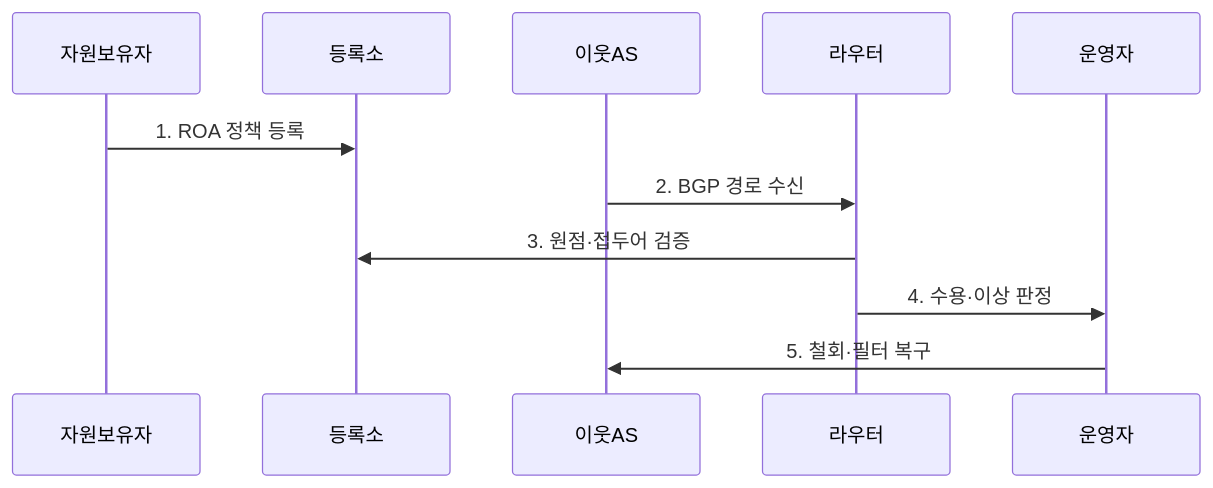
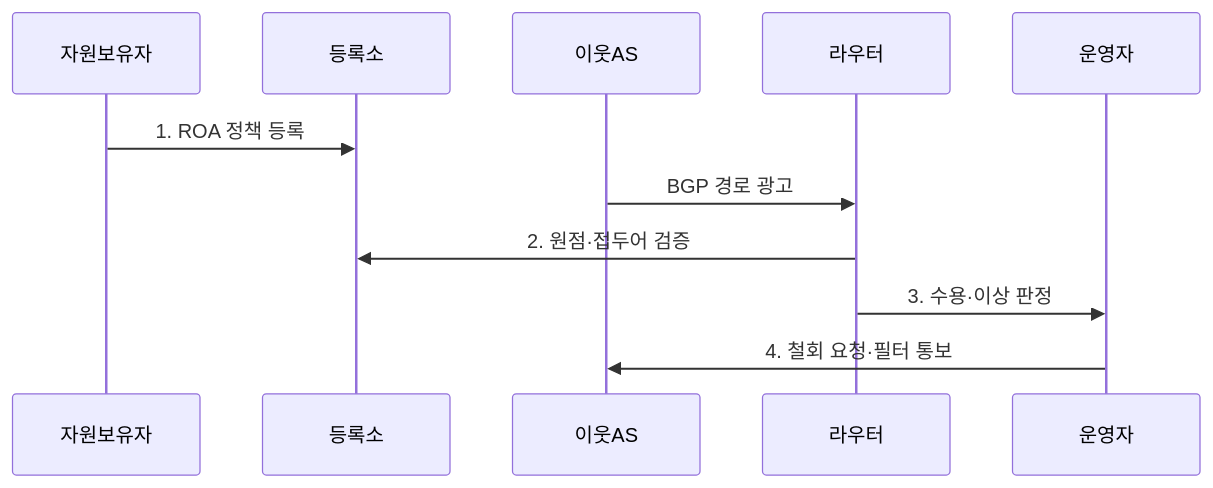
One commit to agnusdei1207/knowledge-base changed the second of 2 diagrams in src/content/docs/notes/04-network/110_bgp_hijacking_prevention.md. Above: the diagram before and after it, drawn with Mermaid. The commit also changed other lines of this file and 16 other files, not shown here.

````diff
--- a/src/content/docs/notes/04-network/110_bgp_hijacking_prevention.md
+++ b/src/content/docs/notes/04-network/110_bgp_hijacking_prevention.md
@@ -84,13 +80,13 @@
 ```mermaid
 sequenceDiagram
     participant 자원보유자
     participant 등록소
     participant 이웃AS
     participant 라우터
     participant 운영자
     자원보유자->>등록소: 1. ROA 정책 등록
-    이웃AS->>라우터: 2. BGP 경로 수신
-    라우터->>등록소: 3. 원점·접두어 검증
-    라우터->>운영자: 4. 수용·이상 판정
-    운영자->>이웃AS: 5. 철회·필터 복구
+    이웃AS->>라우터: BGP 경로 광고
+    라우터->>등록소: 2. 원점·접두어 검증
+    라우터->>운영자: 3. 수용·이상 판정
+    운영자->>이웃AS: 4. 철회 요청·필터 통보
 ```
````
